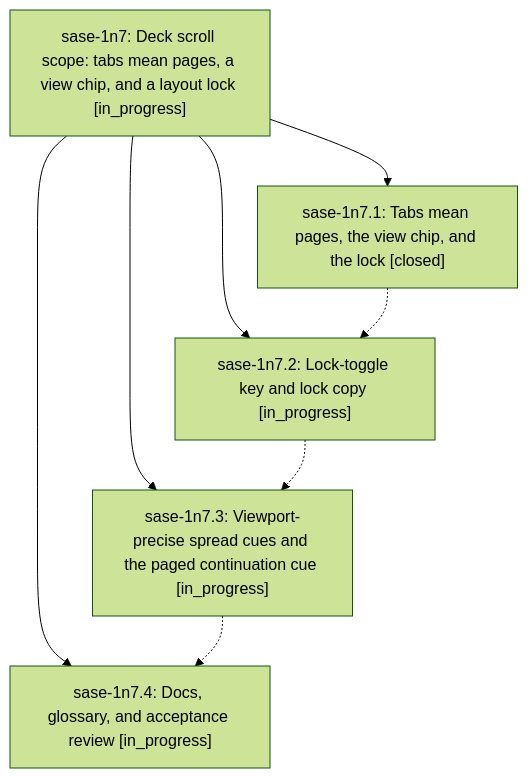
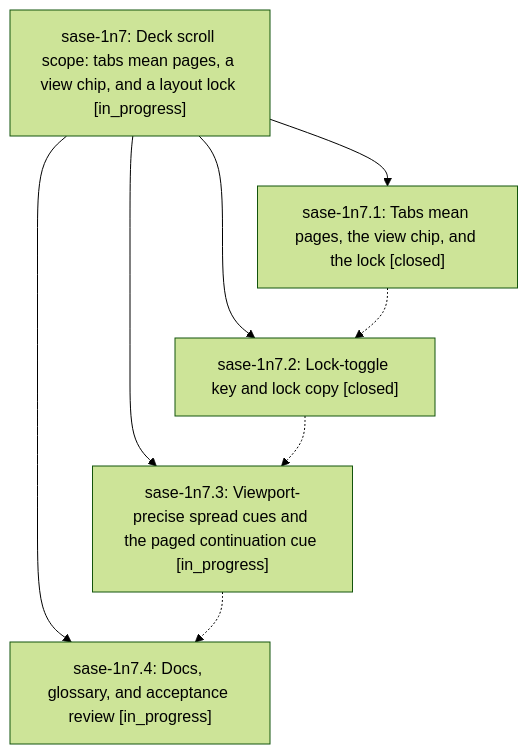
Before and after one commit to sase-org/sase--beads: the diagram in pages/sase-1n7/README.md, drawn with Mermaid (forest theme). The commit also changed other lines of this file and 3 other files, not shown here.

````diff
--- a/pages/sase-1n7/README.md
+++ b/pages/sase-1n7/README.md
@@ -37,15 +37,15 @@
 ```mermaid
 flowchart TD
     n0["sase-1n7: Deck scroll scope: tabs mean pages, a view chip, and a layout lock [in_progress]"]
     n1["sase-1n7.1: Tabs mean pages, the view chip, and the lock [closed]"]
-    n2["sase-1n7.2: Lock-toggle key and lock copy [in_progress]"]
+    n2["sase-1n7.2: Lock-toggle key and lock copy [closed]"]
     n3["sase-1n7.3: Viewport-precise spread cues and the paged continuation cue [in_progress]"]
     n4["sase-1n7.4: Docs, glossary, and acceptance review [in_progress]"]
     n0 --> n1
     n0 --> n2
     n0 --> n3
     n0 --> n4
     n1 -.-> n2
     n2 -.-> n3
     n3 -.-> n4
 ```
````
